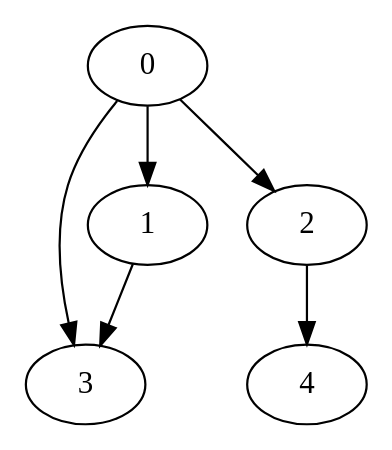
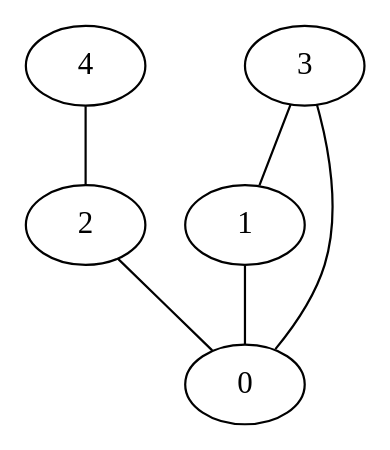
The diagram in docs/mp2i/files/C17/temp.gv (fabricenativel/cpge-info), drawn with Graphviz before and after one commit. The commit also changed 14 other files, not shown here.

```diff
--- a/docs/mp2i/files/C17/temp.gv
+++ b/docs/mp2i/files/C17/temp.gv
@@ -1,7 +1,7 @@
-digraph mygraph {
-0 -> 3
-0 -> 2
-0 -> 1
-1 -> 3
-2 -> 4
+graph mygraph {
+1 -- 0
+2 -- 0
+3 -- 0
+3 -- 1
+4 -- 2
 }
```
